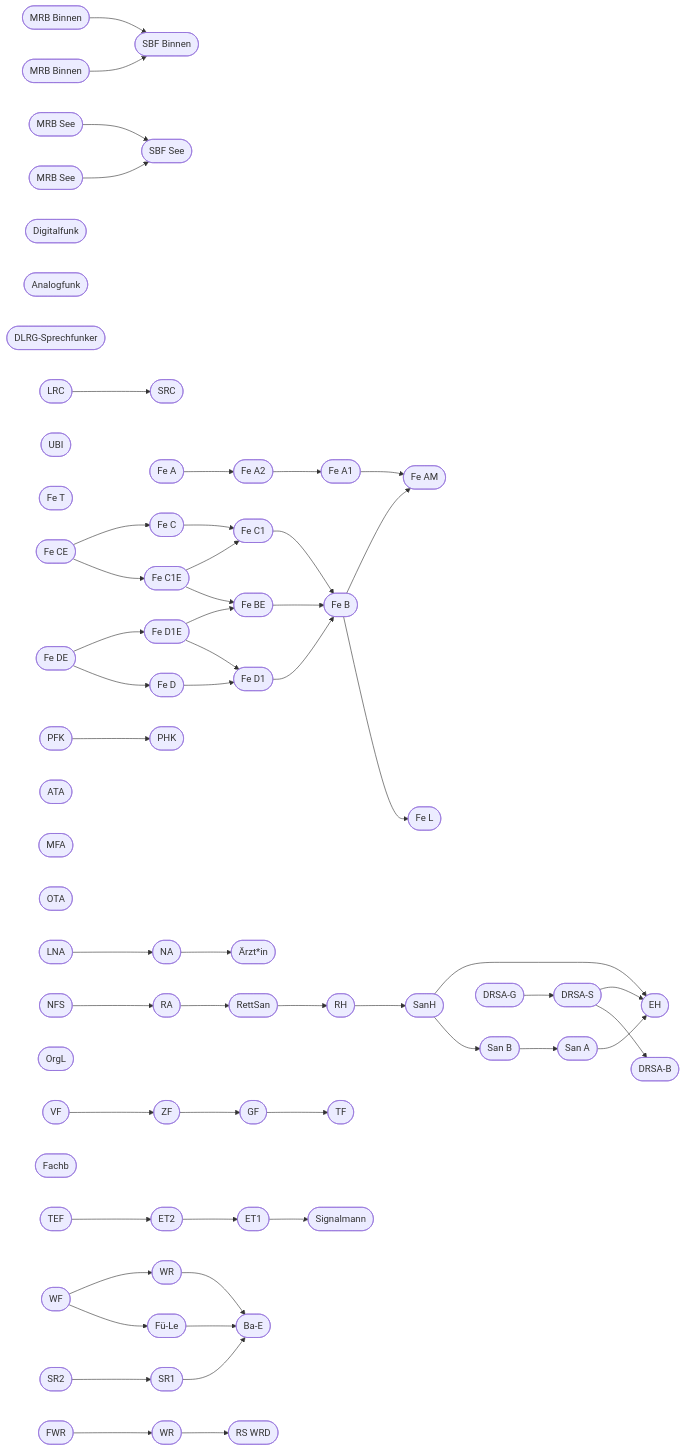
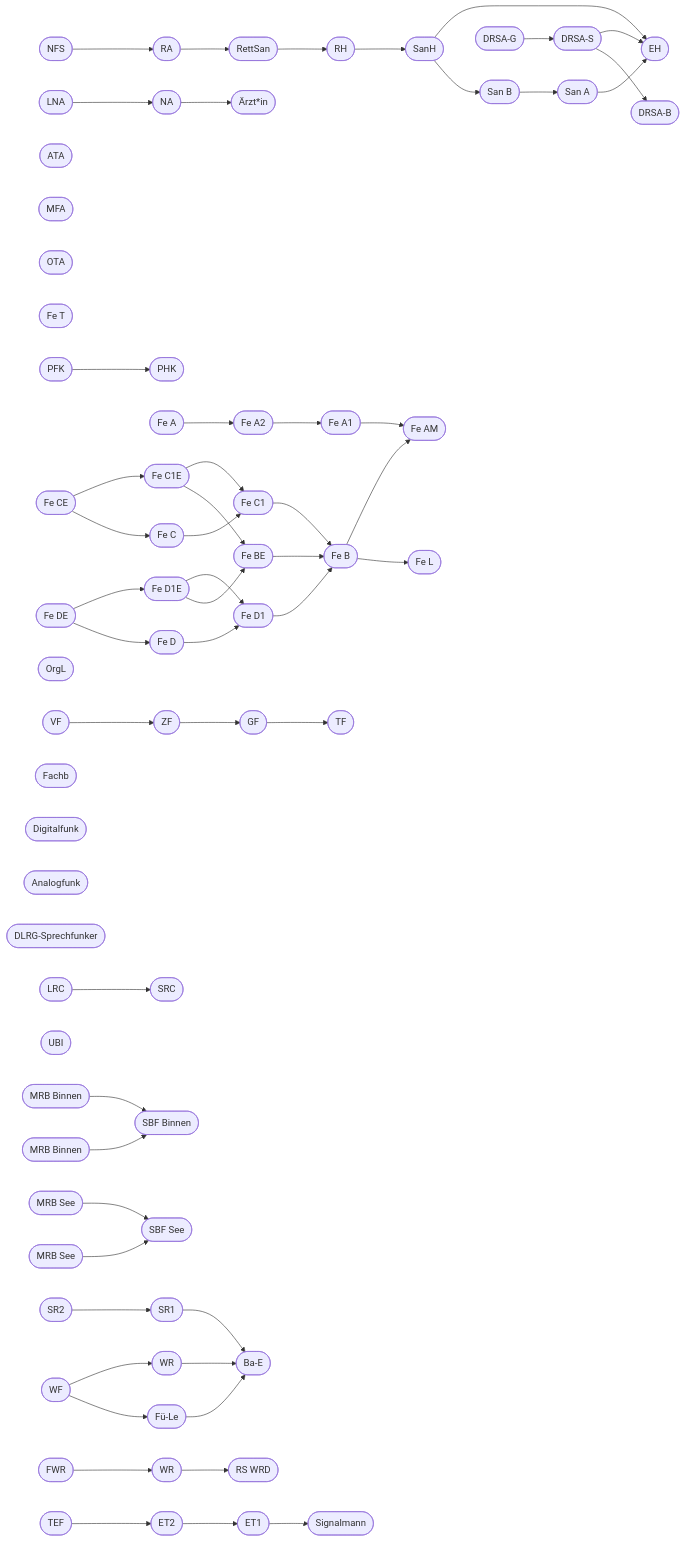
The diagram in de/_all.json.mermaid (ephios-dev/ephios-qualification-fixtures), drawn with Mermaid before and after one commit. The commit also changed other lines of this file and 14 other files, not shown here.

```diff
--- a/de/_all.json.mermaid
+++ b/de/_all.json.mermaid
@@ -1,118 +1,118 @@
 flowchart LR
-	edd7df71-616a-4c63-8ff4-061343a2c040(["SBF Binnen"])
-	ba9e2922-0c71-4ca2-8a11-9a3152335e57(["SBF See"])
-	7ec0c9e2-f211-4370-b796-e309f3e9b448(["MRB Binnen"])
-	1ba25ee1-fa88-4d44-9416-3a024caa6daf(["MRB See"])
-	60922f24-2f82-4591-88d7-2f43d47e33d0(["MRB Binnen"])
-	c027f2bf-a185-4337-845a-2c3bf3c0da19(["MRB See"])
-	506c4d4c-df11-4d41-95d7-c4ddfc78b706(["Digitalfunk"])
-	4974ea66-2086-4987-958b-503de21a285a(["Analogfunk"])
-	e8ff96da-0dd3-4664-9b9d-3c4abc1f40de(["DLRG-Sprechfunker"])
-	80946d2f-cbec-4e2e-9456-b4b9ce3b7fbc(["SRC"])
-	570894f3-c8cd-4663-a0ed-f1fde78f3d64(["LRC"])
-	c4a86388-45b8-4886-929f-8978df9d4ede(["UBI"])
+	8bdb343e-d78d-4cc9-80e7-7ccc36b556e1(["EH"])
+	cdb595e8-1dcb-46d2-8013-b915f818b321(["San A"])
+	3fc86c78-2b87-49f7-8721-af7f8d51747c(["San B"])
+	b1faab38-2e7c-4507-b753-06d1e653412d(["SanH"])
+	de6c2449-a764-4c39-8f44-de276e99451b(["RH"])
+	0b41fac6-ca9e-4b8a-82c5-849412187351(["RettSan"])
+	2a24e395-fa02-4b2e-8215-7763b04d85c8(["RA"])
+	d114125b-7cf4-49e2-8908-f93e2f95dfb8(["NFS"])
+	cb4f4ebc-3adf-4d32-a427-0ac0f686038a(["NA"])
+	bfcc1988-9708-4422-aacb-d08f39fec54e(["Ärzt*in"])
+	46aa6671-ac7f-48cf-8f06-b537908d40c9(["PHK"])
+	9a42481f-65b2-4b5e-b882-b1baf4619898(["PFK"])
+	f03a4d30-a7c4-43fa-b189-92a49a9c1b3a(["ATA"])
+	e8126ae1-6a76-47b6-89d3-5d33c3db12c9(["MFA"])
+	21f8699a-6065-400a-b059-8521a64c72c8(["OTA"])
 	1c007860-48eb-4c86-a35b-45c6de903de4(["Fe L"])
 	cc5ab73d-a1d6-4e95-93d2-aaf6c51ae91f(["Fe T"])
 	f96bdfef-f1b8-46aa-8755-e506075ebc88(["Fe AM"])
 	d7e9da8f-8386-4e7d-8706-62103bfe78f1(["Fe A1"])
 	fe06530c-8216-40a0-81dd-2beaa8d803e1(["Fe A2"])
 	4ff00daa-1501-41c0-8d89-2e54cb43f293(["Fe A"])
 	0715b687-877a-4fed-bde0-5ea06b1043fc(["Fe B"])
 	31529f69-09d7-44cc-84f6-19fbfd949faa(["Fe BE"])
 	c9898e6c-4ecf-4781-9c0a-884861e36a81(["Fe C1"])
 	2d2fc932-5206-4c2c-bb63-0bc579acea6f(["Fe C"])
 	f5e3be89-59de-4b13-a92f-5949009f62d8(["Fe C1E"])
 	736ca05a-7ff9-423a-9fa4-8b4641fde29c(["Fe CE"])
 	3df818c6-f4a7-400e-a5bf-64ed087f79ab(["Fe D1"])
 	3238a892-afa8-4e76-b9b9-87d8765c5b72(["Fe D"])
 	5d0ab40e-fade-4d45-9882-0039118a2445(["Fe D1E"])
 	64495d88-3ec0-4bbe-bc2b-78b6e6cfbc25(["Fe DE"])
-	bfcc1988-9708-4422-aacb-d08f39fec54e(["Ärzt*in"])
-	46aa6671-ac7f-48cf-8f06-b537908d40c9(["PHK"])
-	9a42481f-65b2-4b5e-b882-b1baf4619898(["PFK"])
-	f03a4d30-a7c4-43fa-b189-92a49a9c1b3a(["ATA"])
-	e8126ae1-6a76-47b6-89d3-5d33c3db12c9(["MFA"])
-	21f8699a-6065-400a-b059-8521a64c72c8(["OTA"])
-	8bdb343e-d78d-4cc9-80e7-7ccc36b556e1(["EH"])
-	cdb595e8-1dcb-46d2-8013-b915f818b321(["San A"])
-	3fc86c78-2b87-49f7-8721-af7f8d51747c(["San B"])
-	b1faab38-2e7c-4507-b753-06d1e653412d(["SanH"])
-	de6c2449-a764-4c39-8f44-de276e99451b(["RH"])
-	0b41fac6-ca9e-4b8a-82c5-849412187351(["RettSan"])
-	2a24e395-fa02-4b2e-8215-7763b04d85c8(["RA"])
-	d114125b-7cf4-49e2-8908-f93e2f95dfb8(["NFS"])
-	cb4f4ebc-3adf-4d32-a427-0ac0f686038a(["NA"])
-	247fab6a-8784-4976-a406-985fe47dc683(["DRSA-B"])
-	ef95a854-2eeb-431c-a795-bc291b341d49(["DRSA-S"])
-	b601a18b-cee8-4037-af33-dd7aabeac295(["DRSA-G"])
 	c19195e4-c444-4e12-bade-f0d011436440(["TF"])
 	9b9f0c05-aa5b-4f4e-8afd-7b4fdffd314a(["GF"])
 	800c9f6c-5398-4feb-8d99-9c6b2ff3e42e(["ZF"])
 	4b3a0f10-d03c-4378-89e7-58d87d5f3a34(["VF"])
 	3ac4c0df-57f9-4993-b870-1b82462c9d9e(["OrgL"])
 	de748a16-c063-4c4c-9cc2-4e4e904e0d6d(["LNA"])
 	d47938f7-8138-4356-8960-1f6ed3fb2ccf(["Fachb"])
-	436aaab0-5e8f-43aa-8f33-7d9ea68f7973(["Signalmann"])
-	52fc6a88-6e56-4af5-8021-b8a6412f405c(["ET1"])
-	481fc9fb-e90a-4b83-8a07-456034aa0a33(["ET2"])
-	a3c5a3a0-f577-4bf5-8b2f-84108022d793(["TEF"])
+	506c4d4c-df11-4d41-95d7-c4ddfc78b706(["Digitalfunk"])
+	4974ea66-2086-4987-958b-503de21a285a(["Analogfunk"])
+	e8ff96da-0dd3-4664-9b9d-3c4abc1f40de(["DLRG-Sprechfunker"])
+	80946d2f-cbec-4e2e-9456-b4b9ce3b7fbc(["SRC"])
+	570894f3-c8cd-4663-a0ed-f1fde78f3d64(["LRC"])
+	c4a86388-45b8-4886-929f-8978df9d4ede(["UBI"])
+	edd7df71-616a-4c63-8ff4-061343a2c040(["SBF Binnen"])
+	ba9e2922-0c71-4ca2-8a11-9a3152335e57(["SBF See"])
+	7ec0c9e2-f211-4370-b796-e309f3e9b448(["MRB Binnen"])
+	1ba25ee1-fa88-4d44-9416-3a024caa6daf(["MRB See"])
+	60922f24-2f82-4591-88d7-2f43d47e33d0(["MRB Binnen"])
+	c027f2bf-a185-4337-845a-2c3bf3c0da19(["MRB See"])
+	247fab6a-8784-4976-a406-985fe47dc683(["DRSA-B"])
+	ef95a854-2eeb-431c-a795-bc291b341d49(["DRSA-S"])
+	b601a18b-cee8-4037-af33-dd7aabeac295(["DRSA-G"])
 	93574a61-1a6e-4dd5-8df3-40e8c51b693f(["Ba-E"])
 	bd7ca398-ed2a-4e97-b681-bc8fb1138ada(["WR"])
 	e1c1fac1-146d-4a52-935e-36455bcf0f87(["SR1"])
 	9c506e7e-a456-4f22-8027-5365ab7dc58c(["SR2"])
 	b7c0d6f1-2a3e-4f5b-8c9d-2f3e4b5c6d7e(["Fü-Le"])
 	c3d2e1f0-9a8b-4c7d-8e6f-5b4c3a2d1e0f(["WF"])
 	592604dd-afa2-4e21-ad0f-40c8b8e3b7eb(["RS WRD"])
 	502ee4cc-6e4e-47c0-9b0d-858c8e8638e1(["WR"])
 	5c523010-1e86-4b04-8190-542da69ecbcf(["FWR"])
-	fe06530c-8216-40a0-81dd-2beaa8d803e1 --> d7e9da8f-8386-4e7d-8706-62103bfe78f1
-	b1faab38-2e7c-4507-b753-06d1e653412d --> 3fc86c78-2b87-49f7-8721-af7f8d51747c
+	436aaab0-5e8f-43aa-8f33-7d9ea68f7973(["Signalmann"])
+	52fc6a88-6e56-4af5-8021-b8a6412f405c(["ET1"])
+	481fc9fb-e90a-4b83-8a07-456034aa0a33(["ET2"])
+	a3c5a3a0-f577-4bf5-8b2f-84108022d793(["TEF"])
+	0715b687-877a-4fed-bde0-5ea06b1043fc --> 1c007860-48eb-4c86-a35b-45c6de903de4
+	0715b687-877a-4fed-bde0-5ea06b1043fc --> f96bdfef-f1b8-46aa-8755-e506075ebc88
+	0b41fac6-ca9e-4b8a-82c5-849412187351 --> de6c2449-a764-4c39-8f44-de276e99451b
 	1ba25ee1-fa88-4d44-9416-3a024caa6daf --> ba9e2922-0c71-4ca2-8a11-9a3152335e57
-	a3c5a3a0-f577-4bf5-8b2f-84108022d793 --> 481fc9fb-e90a-4b83-8a07-456034aa0a33
+	2a24e395-fa02-4b2e-8215-7763b04d85c8 --> 0b41fac6-ca9e-4b8a-82c5-849412187351
+	2d2fc932-5206-4c2c-bb63-0bc579acea6f --> c9898e6c-4ecf-4781-9c0a-884861e36a81
+	31529f69-09d7-44cc-84f6-19fbfd949faa --> 0715b687-877a-4fed-bde0-5ea06b1043fc
+	3238a892-afa8-4e76-b9b9-87d8765c5b72 --> 3df818c6-f4a7-400e-a5bf-64ed087f79ab
+	3df818c6-f4a7-400e-a5bf-64ed087f79ab --> 0715b687-877a-4fed-bde0-5ea06b1043fc
+	3fc86c78-2b87-49f7-8721-af7f8d51747c --> cdb595e8-1dcb-46d2-8013-b915f818b321
+	481fc9fb-e90a-4b83-8a07-456034aa0a33 --> 52fc6a88-6e56-4af5-8021-b8a6412f405c
+	4b3a0f10-d03c-4378-89e7-58d87d5f3a34 --> 800c9f6c-5398-4feb-8d99-9c6b2ff3e42e
+	4ff00daa-1501-41c0-8d89-2e54cb43f293 --> fe06530c-8216-40a0-81dd-2beaa8d803e1
+	502ee4cc-6e4e-47c0-9b0d-858c8e8638e1 --> 592604dd-afa2-4e21-ad0f-40c8b8e3b7eb
+	52fc6a88-6e56-4af5-8021-b8a6412f405c --> 436aaab0-5e8f-43aa-8f33-7d9ea68f7973
+	570894f3-c8cd-4663-a0ed-f1fde78f3d64 --> 80946d2f-cbec-4e2e-9456-b4b9ce3b7fbc
+	5c523010-1e86-4b04-8190-542da69ecbcf --> 502ee4cc-6e4e-47c0-9b0d-858c8e8638e1
+	5d0ab40e-fade-4d45-9882-0039118a2445 --> 31529f69-09d7-44cc-84f6-19fbfd949faa
+	5d0ab40e-fade-4d45-9882-0039118a2445 --> 3df818c6-f4a7-400e-a5bf-64ed087f79ab
+	60922f24-2f82-4591-88d7-2f43d47e33d0 --> edd7df71-616a-4c63-8ff4-061343a2c040
+	64495d88-3ec0-4bbe-bc2b-78b6e6cfbc25 --> 3238a892-afa8-4e76-b9b9-87d8765c5b72
+	64495d88-3ec0-4bbe-bc2b-78b6e6cfbc25 --> 5d0ab40e-fade-4d45-9882-0039118a2445
+	736ca05a-7ff9-423a-9fa4-8b4641fde29c --> 2d2fc932-5206-4c2c-bb63-0bc579acea6f
 	736ca05a-7ff9-423a-9fa4-8b4641fde29c --> f5e3be89-59de-4b13-a92f-5949009f62d8
-	c027f2bf-a185-4337-845a-2c3bf3c0da19 --> ba9e2922-0c71-4ca2-8a11-9a3152335e57
-	cb4f4ebc-3adf-4d32-a427-0ac0f686038a --> bfcc1988-9708-4422-aacb-d08f39fec54e
 	7ec0c9e2-f211-4370-b796-e309f3e9b448 --> edd7df71-616a-4c63-8ff4-061343a2c040
 	800c9f6c-5398-4feb-8d99-9c6b2ff3e42e --> 9b9f0c05-aa5b-4f4e-8afd-7b4fdffd314a
-	0b41fac6-ca9e-4b8a-82c5-849412187351 --> de6c2449-a764-4c39-8f44-de276e99451b
-	5d0ab40e-fade-4d45-9882-0039118a2445 --> 3df818c6-f4a7-400e-a5bf-64ed087f79ab
+	9a42481f-65b2-4b5e-b882-b1baf4619898 --> 46aa6671-ac7f-48cf-8f06-b537908d40c9
+	9b9f0c05-aa5b-4f4e-8afd-7b4fdffd314a --> c19195e4-c444-4e12-bade-f0d011436440
+	9c506e7e-a456-4f22-8027-5365ab7dc58c --> e1c1fac1-146d-4a52-935e-36455bcf0f87
+	a3c5a3a0-f577-4bf5-8b2f-84108022d793 --> 481fc9fb-e90a-4b83-8a07-456034aa0a33
+	b1faab38-2e7c-4507-b753-06d1e653412d --> 3fc86c78-2b87-49f7-8721-af7f8d51747c
+	b1faab38-2e7c-4507-b753-06d1e653412d --> 8bdb343e-d78d-4cc9-80e7-7ccc36b556e1
+	b601a18b-cee8-4037-af33-dd7aabeac295 --> ef95a854-2eeb-431c-a795-bc291b341d49
+	b7c0d6f1-2a3e-4f5b-8c9d-2f3e4b5c6d7e --> 93574a61-1a6e-4dd5-8df3-40e8c51b693f
+	bd7ca398-ed2a-4e97-b681-bc8fb1138ada --> 93574a61-1a6e-4dd5-8df3-40e8c51b693f
+	c027f2bf-a185-4337-845a-2c3bf3c0da19 --> ba9e2922-0c71-4ca2-8a11-9a3152335e57
+	c3d2e1f0-9a8b-4c7d-8e6f-5b4c3a2d1e0f --> b7c0d6f1-2a3e-4f5b-8c9d-2f3e4b5c6d7e
+	c3d2e1f0-9a8b-4c7d-8e6f-5b4c3a2d1e0f --> bd7ca398-ed2a-4e97-b681-bc8fb1138ada
+	c9898e6c-4ecf-4781-9c0a-884861e36a81 --> 0715b687-877a-4fed-bde0-5ea06b1043fc
+	cb4f4ebc-3adf-4d32-a427-0ac0f686038a --> bfcc1988-9708-4422-aacb-d08f39fec54e
+	cdb595e8-1dcb-46d2-8013-b915f818b321 --> 8bdb343e-d78d-4cc9-80e7-7ccc36b556e1
+	d114125b-7cf4-49e2-8908-f93e2f95dfb8 --> 2a24e395-fa02-4b2e-8215-7763b04d85c8
+	d7e9da8f-8386-4e7d-8706-62103bfe78f1 --> f96bdfef-f1b8-46aa-8755-e506075ebc88
+	de6c2449-a764-4c39-8f44-de276e99451b --> b1faab38-2e7c-4507-b753-06d1e653412d
+	de748a16-c063-4c4c-9cc2-4e4e904e0d6d --> cb4f4ebc-3adf-4d32-a427-0ac0f686038a
+	e1c1fac1-146d-4a52-935e-36455bcf0f87 --> 93574a61-1a6e-4dd5-8df3-40e8c51b693f
 	ef95a854-2eeb-431c-a795-bc291b341d49 --> 247fab6a-8784-4976-a406-985fe47dc683
-	5d0ab40e-fade-4d45-9882-0039118a2445 --> 31529f69-09d7-44cc-84f6-19fbfd949faa
-	60922f24-2f82-4591-88d7-2f43d47e33d0 --> edd7df71-616a-4c63-8ff4-061343a2c040
-	e1c1fac1-146d-4a52-935e-36455bcf0f87 --> 93574a61-1a6e-4dd5-8df3-40e8c51b693f
-	570894f3-c8cd-4663-a0ed-f1fde78f3d64 --> 80946d2f-cbec-4e2e-9456-b4b9ce3b7fbc
+	ef95a854-2eeb-431c-a795-bc291b341d49 --> 8bdb343e-d78d-4cc9-80e7-7ccc36b556e1
 	f5e3be89-59de-4b13-a92f-5949009f62d8 --> 31529f69-09d7-44cc-84f6-19fbfd949faa
-	2a24e395-fa02-4b2e-8215-7763b04d85c8 --> 0b41fac6-ca9e-4b8a-82c5-849412187351
-	3fc86c78-2b87-49f7-8721-af7f8d51747c --> cdb595e8-1dcb-46d2-8013-b915f818b321
-	c3d2e1f0-9a8b-4c7d-8e6f-5b4c3a2d1e0f --> b7c0d6f1-2a3e-4f5b-8c9d-2f3e4b5c6d7e
-	b601a18b-cee8-4037-af33-dd7aabeac295 --> ef95a854-2eeb-431c-a795-bc291b341d49
-	4b3a0f10-d03c-4378-89e7-58d87d5f3a34 --> 800c9f6c-5398-4feb-8d99-9c6b2ff3e42e
-	3df818c6-f4a7-400e-a5bf-64ed087f79ab --> 0715b687-877a-4fed-bde0-5ea06b1043fc
-	52fc6a88-6e56-4af5-8021-b8a6412f405c --> 436aaab0-5e8f-43aa-8f33-7d9ea68f7973
-	2d2fc932-5206-4c2c-bb63-0bc579acea6f --> c9898e6c-4ecf-4781-9c0a-884861e36a81
-	4ff00daa-1501-41c0-8d89-2e54cb43f293 --> fe06530c-8216-40a0-81dd-2beaa8d803e1
-	3238a892-afa8-4e76-b9b9-87d8765c5b72 --> 3df818c6-f4a7-400e-a5bf-64ed087f79ab
-	9c506e7e-a456-4f22-8027-5365ab7dc58c --> e1c1fac1-146d-4a52-935e-36455bcf0f87
-	ef95a854-2eeb-431c-a795-bc291b341d49 --> 8bdb343e-d78d-4cc9-80e7-7ccc36b556e1
-	481fc9fb-e90a-4b83-8a07-456034aa0a33 --> 52fc6a88-6e56-4af5-8021-b8a6412f405c
-	31529f69-09d7-44cc-84f6-19fbfd949faa --> 0715b687-877a-4fed-bde0-5ea06b1043fc
-	0715b687-877a-4fed-bde0-5ea06b1043fc --> 1c007860-48eb-4c86-a35b-45c6de903de4
-	b1faab38-2e7c-4507-b753-06d1e653412d --> 8bdb343e-d78d-4cc9-80e7-7ccc36b556e1
-	bd7ca398-ed2a-4e97-b681-bc8fb1138ada --> 93574a61-1a6e-4dd5-8df3-40e8c51b693f
-	cdb595e8-1dcb-46d2-8013-b915f818b321 --> 8bdb343e-d78d-4cc9-80e7-7ccc36b556e1
-	de6c2449-a764-4c39-8f44-de276e99451b --> b1faab38-2e7c-4507-b753-06d1e653412d
-	5c523010-1e86-4b04-8190-542da69ecbcf --> 502ee4cc-6e4e-47c0-9b0d-858c8e8638e1
-	64495d88-3ec0-4bbe-bc2b-78b6e6cfbc25 --> 3238a892-afa8-4e76-b9b9-87d8765c5b72
 	f5e3be89-59de-4b13-a92f-5949009f62d8 --> c9898e6c-4ecf-4781-9c0a-884861e36a81
-	c9898e6c-4ecf-4781-9c0a-884861e36a81 --> 0715b687-877a-4fed-bde0-5ea06b1043fc
-	0715b687-877a-4fed-bde0-5ea06b1043fc --> f96bdfef-f1b8-46aa-8755-e506075ebc88
-	9b9f0c05-aa5b-4f4e-8afd-7b4fdffd314a --> c19195e4-c444-4e12-bade-f0d011436440
-	d7e9da8f-8386-4e7d-8706-62103bfe78f1 --> f96bdfef-f1b8-46aa-8755-e506075ebc88
-	b7c0d6f1-2a3e-4f5b-8c9d-2f3e4b5c6d7e --> 93574a61-1a6e-4dd5-8df3-40e8c51b693f
-	d114125b-7cf4-49e2-8908-f93e2f95dfb8 --> 2a24e395-fa02-4b2e-8215-7763b04d85c8
-	de748a16-c063-4c4c-9cc2-4e4e904e0d6d --> cb4f4ebc-3adf-4d32-a427-0ac0f686038a
-	c3d2e1f0-9a8b-4c7d-8e6f-5b4c3a2d1e0f --> bd7ca398-ed2a-4e97-b681-bc8fb1138ada
-	9a42481f-65b2-4b5e-b882-b1baf4619898 --> 46aa6671-ac7f-48cf-8f06-b537908d40c9
-	502ee4cc-6e4e-47c0-9b0d-858c8e8638e1 --> 592604dd-afa2-4e21-ad0f-40c8b8e3b7eb
-	64495d88-3ec0-4bbe-bc2b-78b6e6cfbc25 --> 5d0ab40e-fade-4d45-9882-0039118a2445
-	736ca05a-7ff9-423a-9fa4-8b4641fde29c --> 2d2fc932-5206-4c2c-bb63-0bc579acea6f
+	fe06530c-8216-40a0-81dd-2beaa8d803e1 --> d7e9da8f-8386-4e7d-8706-62103bfe78f1
```
